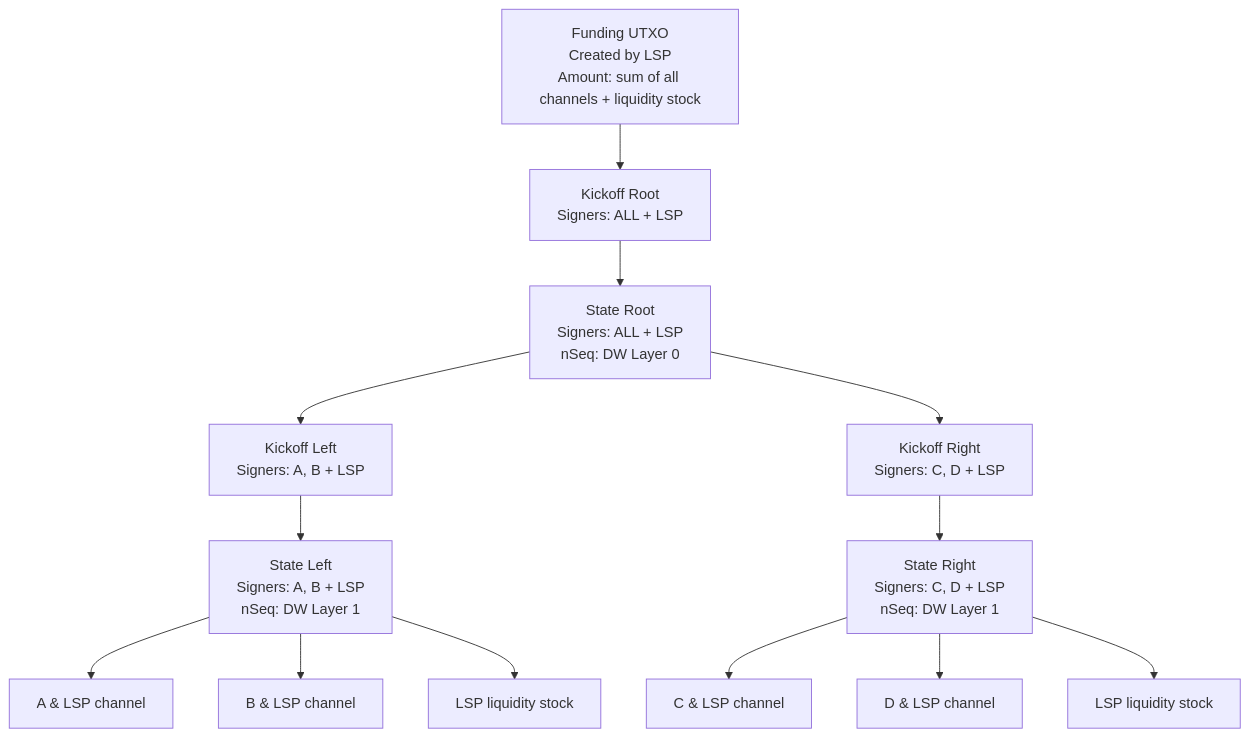
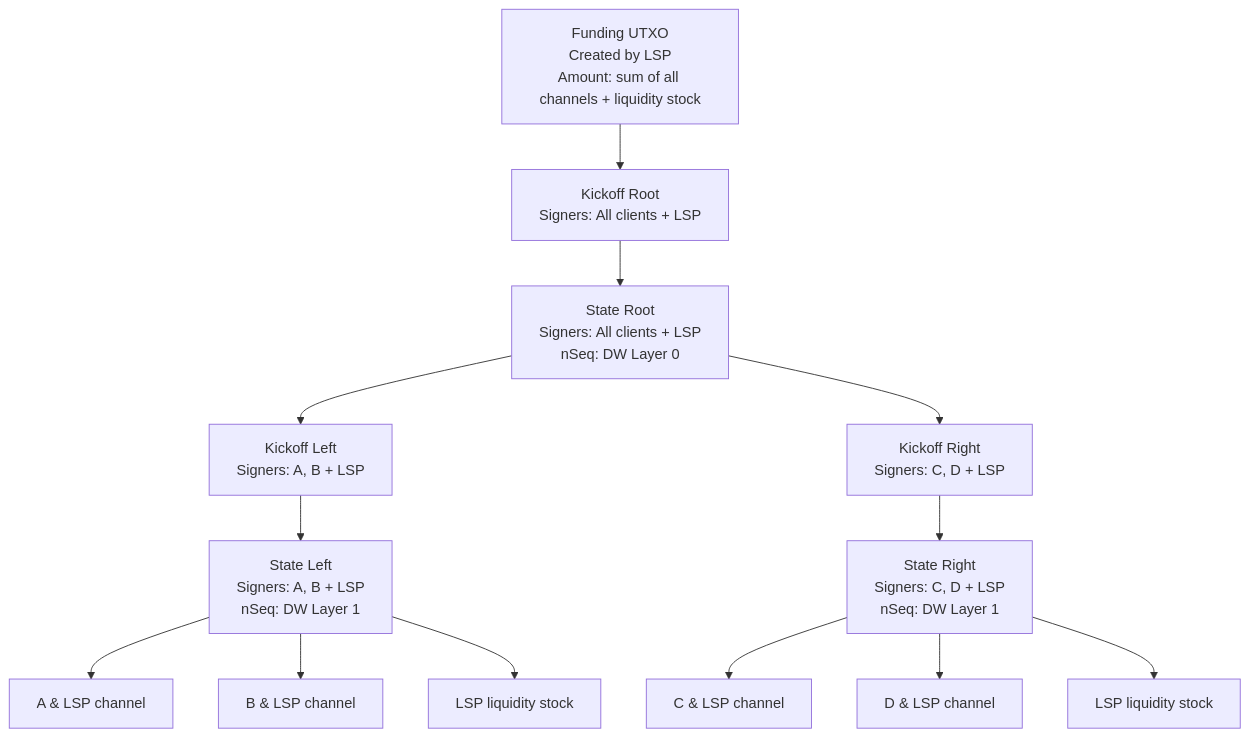
Before and after one commit to 8144225309/superscalar-docs: the second of 3 diagrams in how-it-works/building-a-factory.md, drawn with Mermaid. The commit also changed other lines of this file and 31 other files, not shown here.

````diff
--- a/how-it-works/building-a-factory.md
+++ b/how-it-works/building-a-factory.md
@@ -31,16 +31,16 @@
 ```mermaid
 graph TD
     Fund["Funding UTXO<br/>Created by LSP<br/>Amount: sum of all channels + liquidity stock"]
-    Fund --> KR["Kickoff Root<br/>Signers: ALL + LSP"]
-    KR --> SR["State Root<br/>Signers: ALL + LSP<br/>nSeq: DW Layer 0"]
+    Fund --> KR["Kickoff Root<br/>Signers: All clients + LSP"]
+    KR --> SR["State Root<br/>Signers: All clients + LSP<br/>nSeq: DW Layer 0"]
     SR --> KL["Kickoff Left<br/>Signers: A, B + LSP"]
     SR --> KRi["Kickoff Right<br/>Signers: C, D + LSP"]
     KL --> SL["State Left<br/>Signers: A, B + LSP<br/>nSeq: DW Layer 1"]
     KRi --> SRi["State Right<br/>Signers: C, D + LSP<br/>nSeq: DW Layer 1"]
     SL --> ChA["A & LSP channel"]
     SL --> ChB["B & LSP channel"]
     SL --> LS1["LSP liquidity stock"]
     SRi --> ChC["C & LSP channel"]
     SRi --> ChD["D & LSP channel"]
     SRi --> LS2["LSP liquidity stock"]
 ```
````
